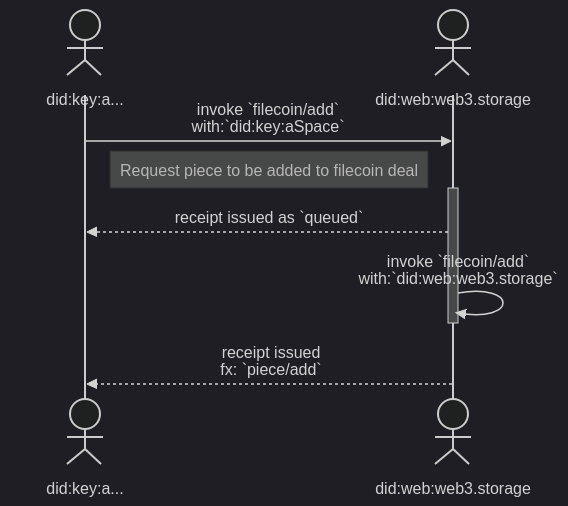
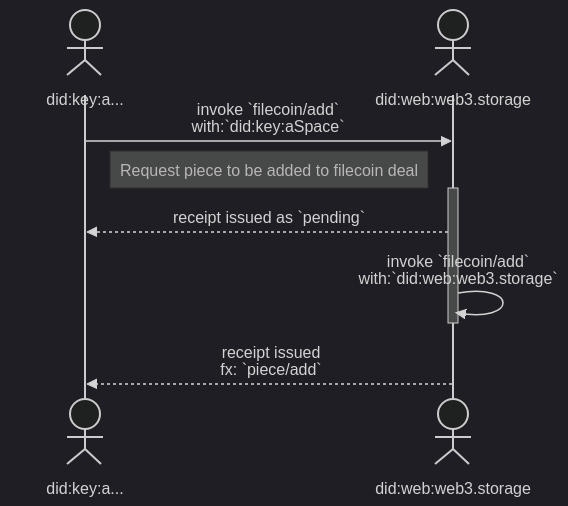
The first of 4 diagrams in w3-filecoin.md (storacha/specs), drawn with Mermaid (dark theme) before and after one commit. The commit also changed other lines of this file, not shown here.

````diff
--- a/w3-filecoin.md
+++ b/w3-filecoin.md
@@ -79,13 +79,13 @@
 ```mermaid
 sequenceDiagram
     actor Agent as <br/><br/>did:key:a...
     actor Storefront as <br/><br/>did:web:web3.storage
 
     Agent->>Storefront: invoke `filecoin/add`<br>with:`did:key:aSpace`
     Note left of Storefront: Request piece to be added to filecoin deal
     activate Storefront
-    Storefront-->>Agent: receipt issued as `queued`
+    Storefront-->>Agent: receipt issued as `pending`
     Storefront->>Storefront: invoke `filecoin/add`<br>with:`did:web:web3.storage`
     deactivate Storefront
     Storefront-->>Agent: receipt issued<br>fx: `piece/add`
 ```
````
